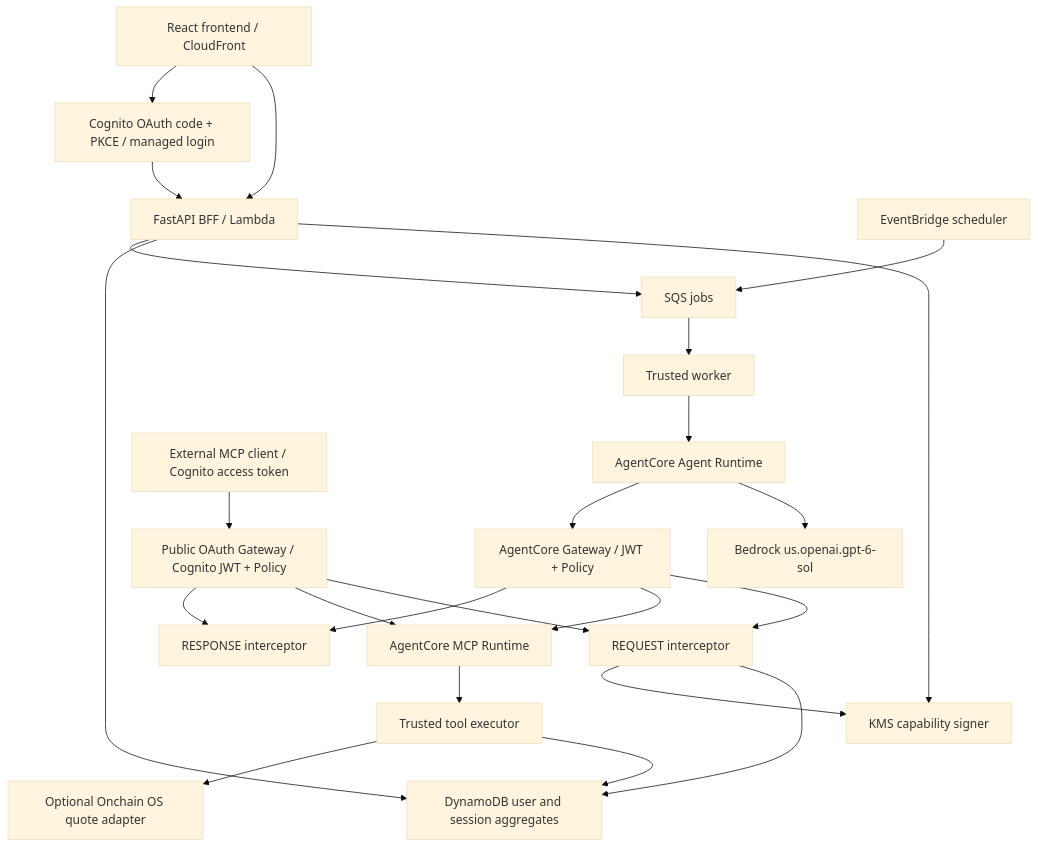
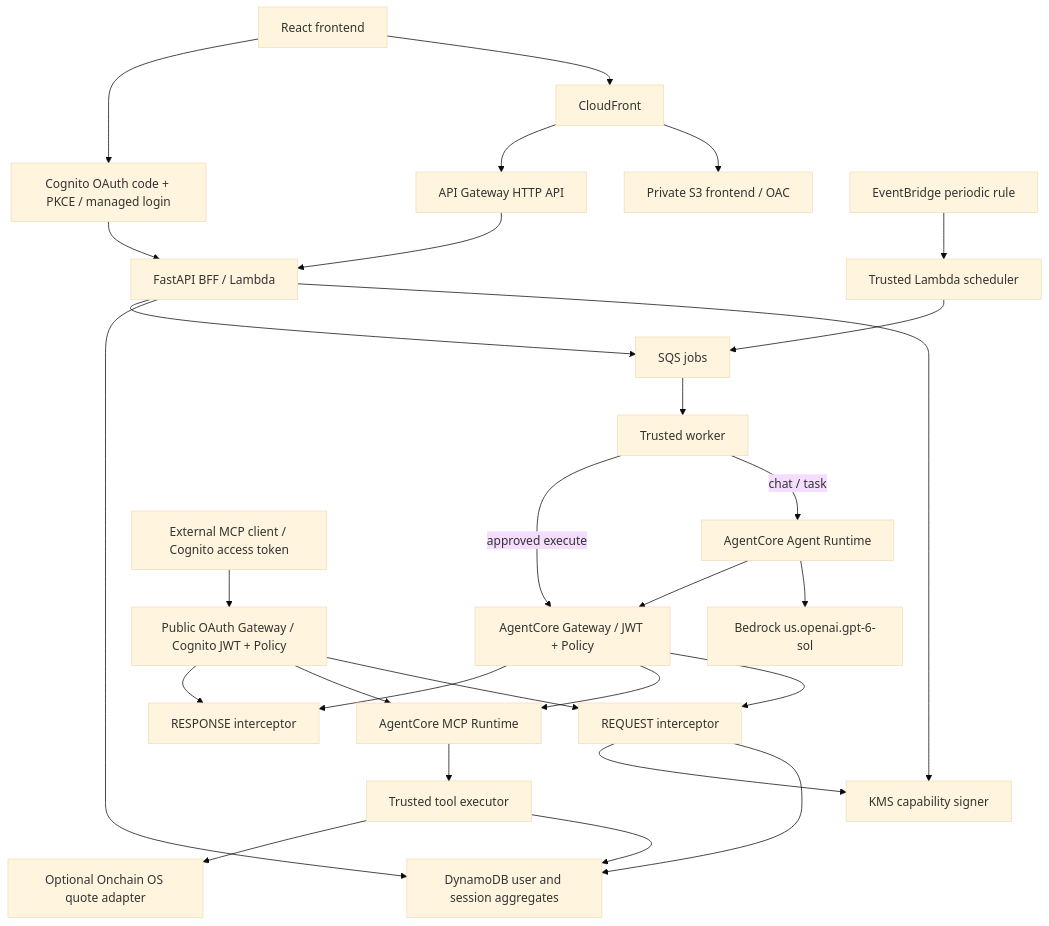
One commit to milan9527/onchain changed the diagram in docs/architecture.md. Above: the diagram before and after it, drawn with Mermaid (base theme). The commit also changed other lines of this file and 7 other files, not shown here.

Commit message:
Add editable AWS draw.io architecture diagrams and previews

````diff
--- a/docs/architecture.md
+++ b/docs/architecture.md
@@ -3,26 +9,31 @@
 ```mermaid
 flowchart TD
-    Browser[React frontend / CloudFront] --> BFF[FastAPI BFF / Lambda]
+    Browser[React frontend] --> CF[CloudFront]
+    CF --> S3[Private S3 frontend / OAC]
+    CF --> HTTP[API Gateway HTTP API]
+    HTTP --> BFF[FastAPI BFF / Lambda]
     Browser --> Cognito[Cognito OAuth code + PKCE / managed login]
     Cognito --> BFF
     BFF --> KMS[KMS capability signer]
     BFF --> DB[DynamoDB user and session aggregates]
     BFF --> Queue[SQS jobs]
     Queue --> Worker[Trusted worker]
-    Worker --> Agent[AgentCore Agent Runtime]
+    Worker -->|chat / task| Agent[AgentCore Agent Runtime]
+    Worker -->|approved execute| Gateway
     Agent --> Bedrock[Bedrock us.openai.gpt-6-sol]
     Agent --> Gateway[AgentCore Gateway / JWT + Policy]
     Gateway --> Request[REQUEST interceptor]
     Request --> DB
     Request --> KMS
     Gateway --> MCP[AgentCore MCP Runtime]
     MCP --> Executor[Trusted tool executor]
     Executor --> DB
     Executor --> OKX[Optional Onchain OS quote adapter]
     Gateway --> Response[RESPONSE interceptor]
     External[External MCP client / Cognito access token] --> OAuthGateway[Public OAuth Gateway / Cognito JWT + Policy]
     OAuthGateway --> Request
     OAuthGateway --> MCP
     OAuthGateway --> Response
-    Schedule[EventBridge scheduler] --> Queue
+    Schedule[EventBridge periodic rule] --> Scheduler[Trusted Lambda scheduler]
+    Scheduler --> Queue
 ```
````
